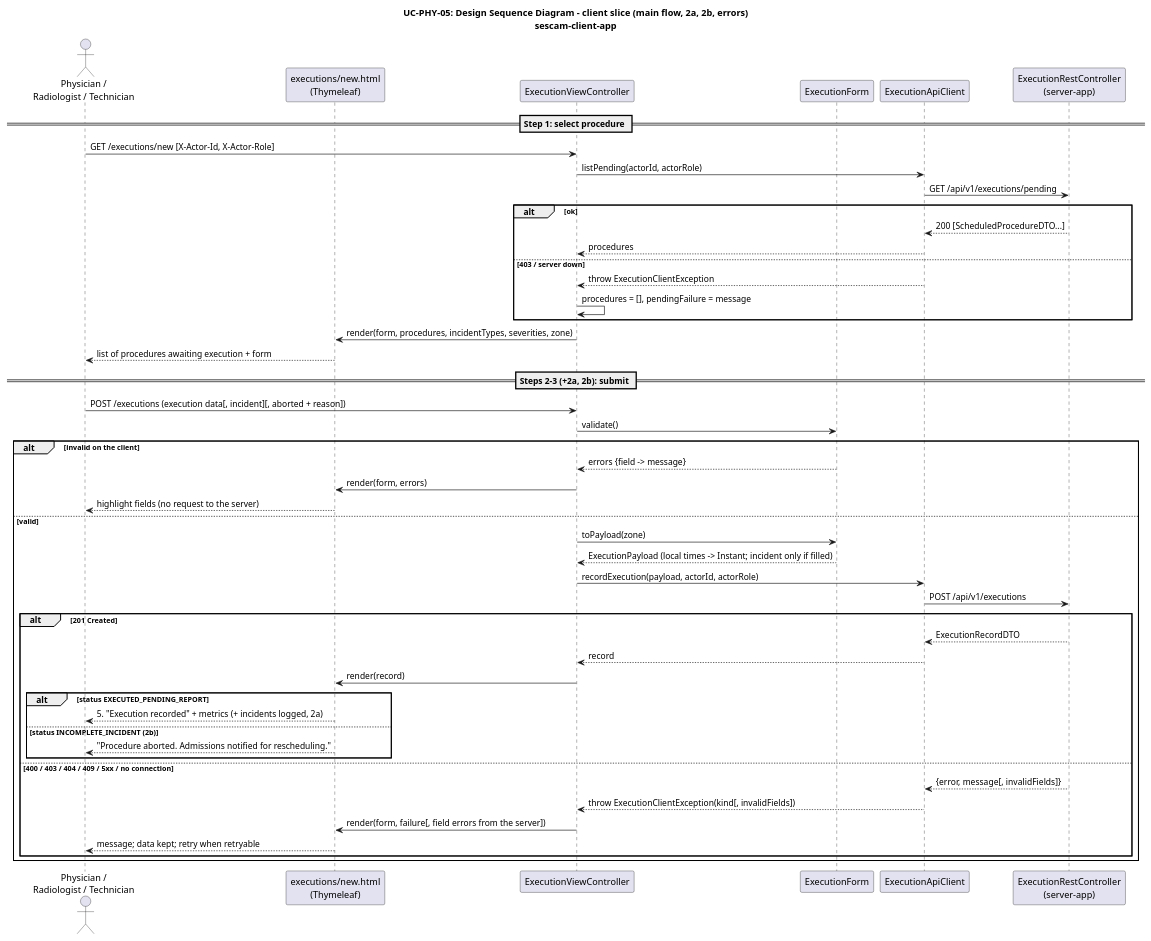
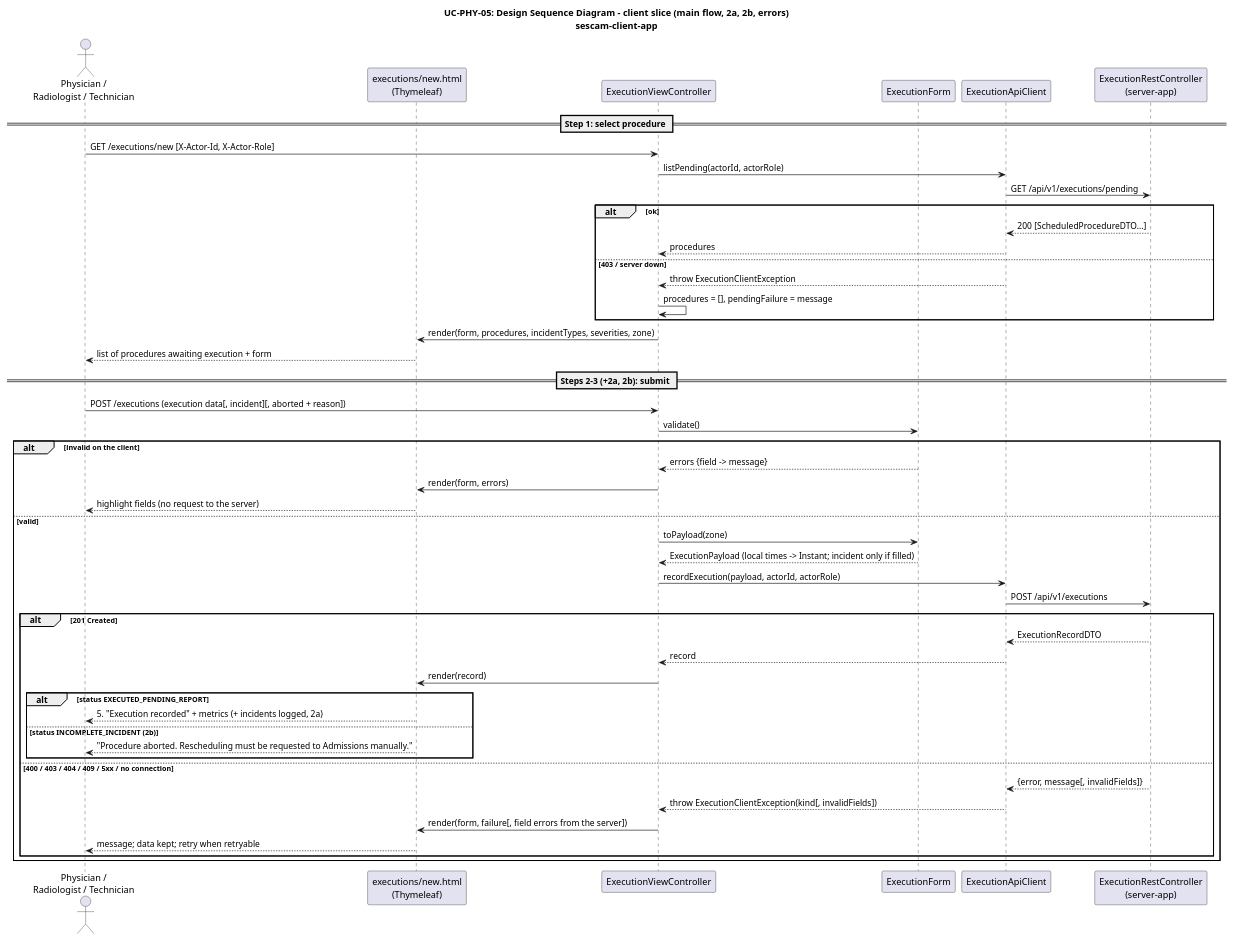
The diagram in docs/diagrams/UC-PHY-05/uc-phy-05-sequence-design-client.puml (paticama/ISO26-ISO2-A1.01), drawn with PlantUML before and after one commit. The commit also changed 3 other files, not shown here.

```diff
--- a/docs/diagrams/UC-PHY-05/uc-phy-05-sequence-design-client.puml
+++ b/docs/diagrams/UC-PHY-05/uc-phy-05-sequence-design-client.puml
@@ -1,56 +1,56 @@
 @startuml uc-phy-05-sequence-design-client
 skinparam backgroundColor #FFFFFF
 skinparam shadowing false
 
 title UC-PHY-05: Design Sequence Diagram – client slice (main flow, 2a, 2b, errors)\nsescam-client-app
 
 actor "Physician /\nRadiologist / Technician" as Phy
 participant "executions/new.html\n(Thymeleaf)" as V
 participant "ExecutionViewController" as C
 participant "ExecutionForm" as F
 participant "ExecutionApiClient" as A
 participant "ExecutionRestController\n(server-app)" as RC
 
 == Step 1: select procedure ==
 Phy -> C : GET /executions/new [X-Actor-Id, X-Actor-Role]
 C -> A : listPending(actorId, actorRole)
 A -> RC : GET /api/v1/executions/pending
 alt ok
   RC --> A : 200 [ScheduledProcedureDTO...]
   A --> C : procedures
 else 403 / server down
   A --> C : throw ExecutionClientException
   C -> C : procedures = [], pendingFailure = message
 end
 C -> V : render(form, procedures, incidentTypes, severities, zone)
 V --> Phy : list of procedures awaiting execution + form
 
 == Steps 2-3 (+2a, 2b): submit ==
 Phy -> C : POST /executions (execution data[, incident][, aborted + reason])
 C -> F : validate()
 alt invalid on the client
   F --> C : errors {field -> message}
   C -> V : render(form, errors)
   V --> Phy : highlight fields (no request to the server)
 else valid
   C -> F : toPayload(zone)
   F --> C : ExecutionPayload (local times -> Instant; incident only if filled)
   C -> A : recordExecution(payload, actorId, actorRole)
   A -> RC : POST /api/v1/executions
   alt 201 Created
     RC --> A : ExecutionRecordDTO
     A --> C : record
     C -> V : render(record)
     alt status EXECUTED_PENDING_REPORT
       V --> Phy : 5. "Execution recorded" + metrics (+ incidents logged, 2a)
     else status INCOMPLETE_INCIDENT (2b)
-      V --> Phy : "Procedure aborted. Admissions notified for rescheduling."
+      V --> Phy : "Procedure aborted. Rescheduling must be requested to Admissions manually."
     end
   else 400 / 403 / 404 / 409 / 5xx / no connection
     RC --> A : {error, message[, invalidFields]}
     A --> C : throw ExecutionClientException(kind[, invalidFields])
     C -> V : render(form, failure[, field errors from the server])
     V --> Phy : message; data kept; retry when retryable
   end
 end
 @enduml
```
